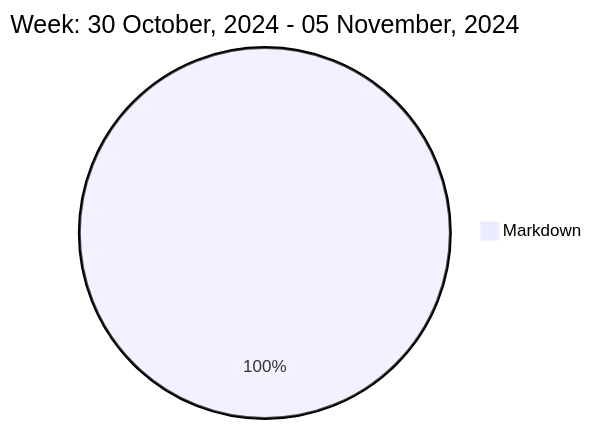
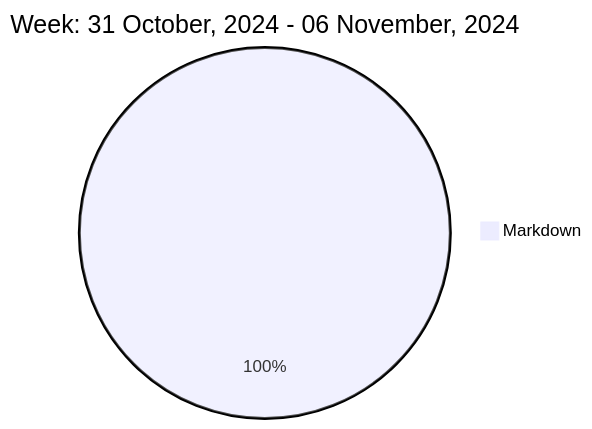
Before and after one commit to liubin95/liubin95: the diagram in README.md, drawn with Mermaid.

Commit message:
Updated the Graph with new Metrics

````diff
--- a/README.md
+++ b/README.md
@@ -37,5 +37,5 @@
 ```mermaid
  pie
-title Week: 30 October, 2024 - 05 November, 2024
- "Markdown" : 1.98
+title Week: 31 October, 2024 - 06 November, 2024
+ "Markdown" : 2.5
 ```
````
